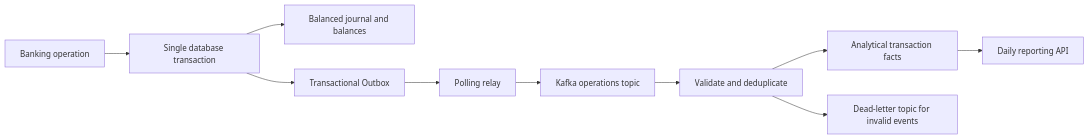
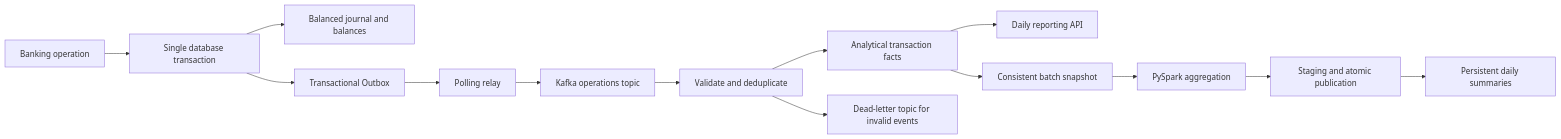
Before and after one commit to achrafmouassis/LedgerFlow: the diagram in data-pipeline/README.md, drawn with Mermaid. The commit also changed other lines of this file and 26 other files, not shown here.

Commit message:
feat: add idempotent PySpark daily batch and complete documentation

````diff
--- a/data-pipeline/README.md
+++ b/data-pipeline/README.md
@@ -7,12 +7,16 @@
 ```mermaid
 flowchart LR
   API[Banking operation] --> TX[Single database transaction]
   TX --> J[Balanced journal and balances]
   TX --> O[Transactional Outbox]
   O --> R[Polling relay]
   R --> K[Kafka operations topic]
   K --> C[Validate and deduplicate]
   C --> F[Analytical transaction facts]
   F --> Q[Daily reporting API]
+  F --> S[Consistent batch snapshot]
+  S --> P[PySpark aggregation]
+  P --> T[Staging and atomic publication]
+  T --> M[Persistent daily summaries]
   C --> D[Dead-letter topic for invalid events]
 ```
````
